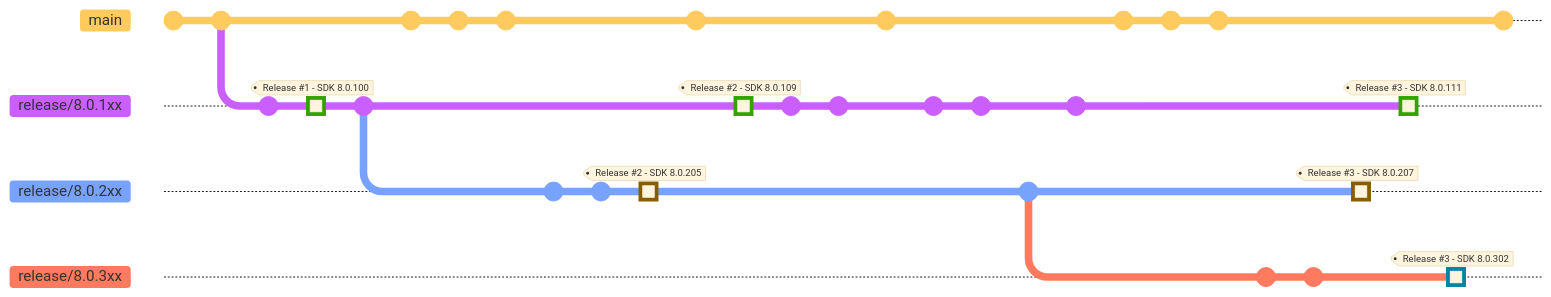
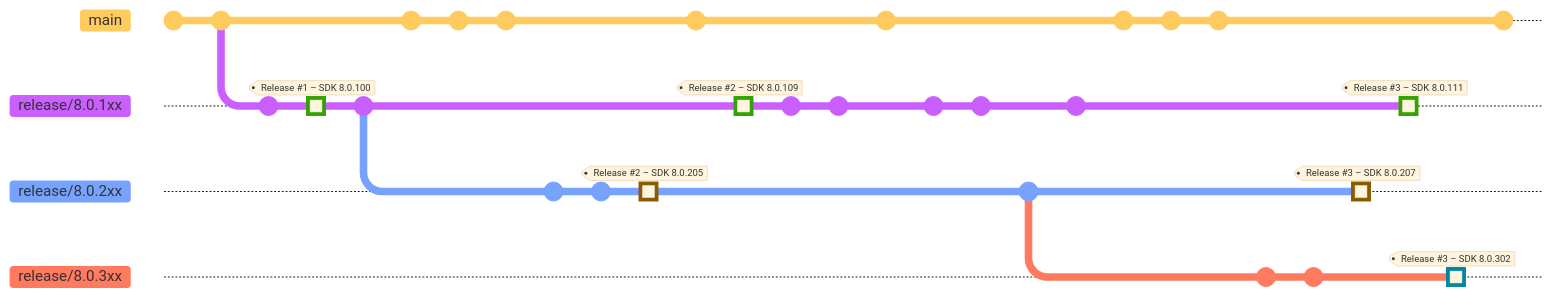
Before and after one commit to dotnet/arcade: the first of 8 diagrams in Documentation/UnifiedBuild/VMR-Managing-SDK-Bands.md, drawn with Mermaid. The commit also changed other lines of this file, not shown here. Commit ids are hidden.

````diff
--- a/Documentation/UnifiedBuild/VMR-Managing-SDK-Bands.md
+++ b/Documentation/UnifiedBuild/VMR-Managing-SDK-Bands.md
@@ -27,53 +27,53 @@
 ```mermaid
 %%{init: { 'logLevel': 'debug', 'theme': 'base', 'gitGraph': {'showCommitLabel': false, 'tagLabelFontSize': '24px'}} }%%
 gitGraph
-   commit
-   commit
-   branch release/8.0.1xx
-   checkout release/8.0.1xx
-   commit
-   commit type: HIGHLIGHT tag: "Release #1 - SDK 8.0.100"
-   commit
-   checkout main
-   commit
-   commit
-   commit
-   checkout release/8.0.1xx
-   branch release/8.0.2xx
-   checkout release/8.0.2xx
-   commit
-   commit
-   commit type: HIGHLIGHT tag: "Release #2 - SDK 8.0.205"
-   checkout main
-   commit
-   checkout release/8.0.1xx
-   commit type: HIGHLIGHT tag: "Release #2 - SDK 8.0.109"
-   commit
-   commit
-   checkout main
-   commit
-   checkout release/8.0.1xx
-   commit
-   commit
-   checkout release/8.0.2xx
-   commit
-   checkout release/8.0.1xx
-   commit
-   checkout main
-   commit
-   commit
-   commit
-   checkout release/8.0.2xx
-   branch release/8.0.3xx
-   checkout release/8.0.3xx
-   commit
-   commit
-   checkout release/8.0.2xx
-   commit type: HIGHLIGHT tag: "Release #3 - SDK 8.0.207"
-   checkout release/8.0.1xx
-   commit type: HIGHLIGHT tag: "Release #3 - SDK 8.0.111"
-   checkout release/8.0.3xx
-   commit type: HIGHLIGHT tag: "Release #3 - SDK 8.0.302"
-   checkout main
-   commit
+    commit
+    commit
+    branch release/8.0.1xx
+    checkout release/8.0.1xx
+    commit
+    commit type: HIGHLIGHT tag: "Release #1 – SDK 8.0.100"
+    commit
+    checkout main
+    commit
+    commit
+    commit
+    checkout release/8.0.1xx
+    branch release/8.0.2xx
+    checkout release/8.0.2xx
+    commit
+    commit
+    commit type: HIGHLIGHT tag: "Release #2 – SDK 8.0.205"
+    checkout main
+    commit
+    checkout release/8.0.1xx
+    commit type: HIGHLIGHT tag: "Release #2 – SDK 8.0.109"
+    commit
+    commit
+    checkout main
+    commit
+    checkout release/8.0.1xx
+    commit
+    commit
+    checkout release/8.0.2xx
+    commit
+    checkout release/8.0.1xx
+    commit
+    checkout main
+    commit
+    commit
+    commit
+    checkout release/8.0.2xx
+    branch release/8.0.3xx
+    checkout release/8.0.3xx
+    commit
+    commit
+    checkout release/8.0.2xx
+    commit type: HIGHLIGHT tag: "Release #3 – SDK 8.0.207"
+    checkout release/8.0.1xx
+    commit type: HIGHLIGHT tag: "Release #3 – SDK 8.0.111"
+    checkout release/8.0.3xx
+    commit type: HIGHLIGHT tag: "Release #3 – SDK 8.0.302"
+    checkout main
+    commit
 ```
````
